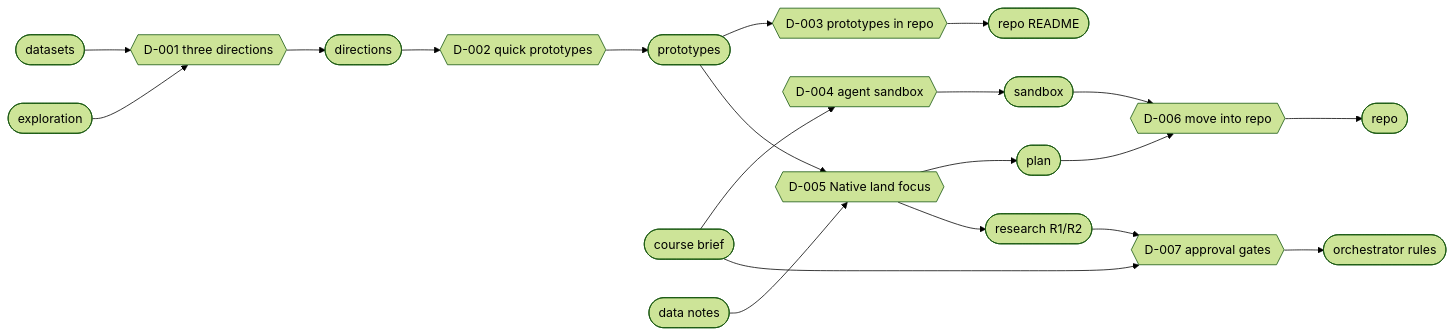
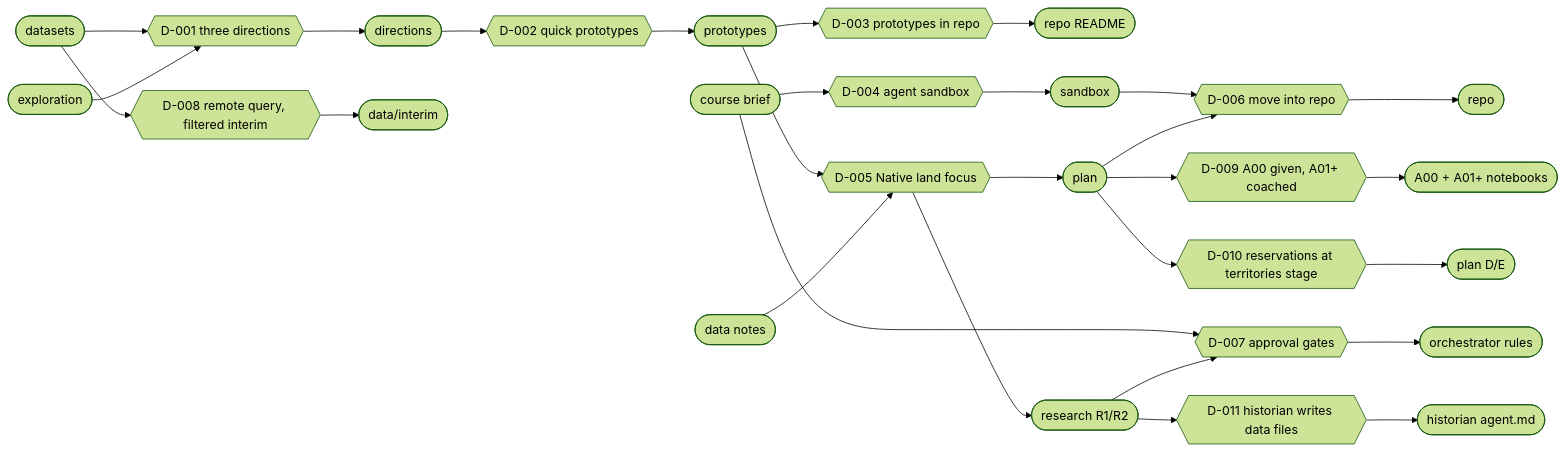
The diagram in diagram/decisions.mmd (larawashington-PGDV5200/revolutionary-xroads), drawn with Mermaid (forest theme) before and after one commit. The commit also changed 15 other files, not shown here.

```diff
--- a/diagram/decisions.mmd
+++ b/diagram/decisions.mmd
@@ -1,14 +1,18 @@
 flowchart LR
   datasets([datasets]) --> D001
   exploration([exploration]) --> D001
   D001{{D-001 three directions}} --> directions([directions])
   directions --> D002{{D-002 quick prototypes}} --> prototypes([prototypes])
   prototypes --> D003{{D-003 prototypes in repo}} --> readme([repo README])
   brief([course brief]) --> D004{{D-004 agent sandbox}} --> sandbox([sandbox])
   prototypes --> D005{{D-005 Native land focus}}
   datanotes([data notes]) --> D005
   D005 --> plan([plan]) & research([research R1/R2])
   sandbox --> D006{{D-006 move into repo}}
   plan --> D006 --> repo([repo])
   brief --> D007{{D-007 approval gates}}
   research --> D007 --> rules([orchestrator rules])
+  datasets --> D008{{D-008 remote query, filtered interim}} --> interim([data/interim])
+  plan --> D009{{D-009 A00 given, A01+ coached}} --> notebooks([A00 + A01+ notebooks])
+  plan --> D010{{D-010 reservations at territories stage}} --> planDE([plan D/E])
+  research --> D011{{D-011 historian writes data files}} --> historianmd([historian agent.md])
```
